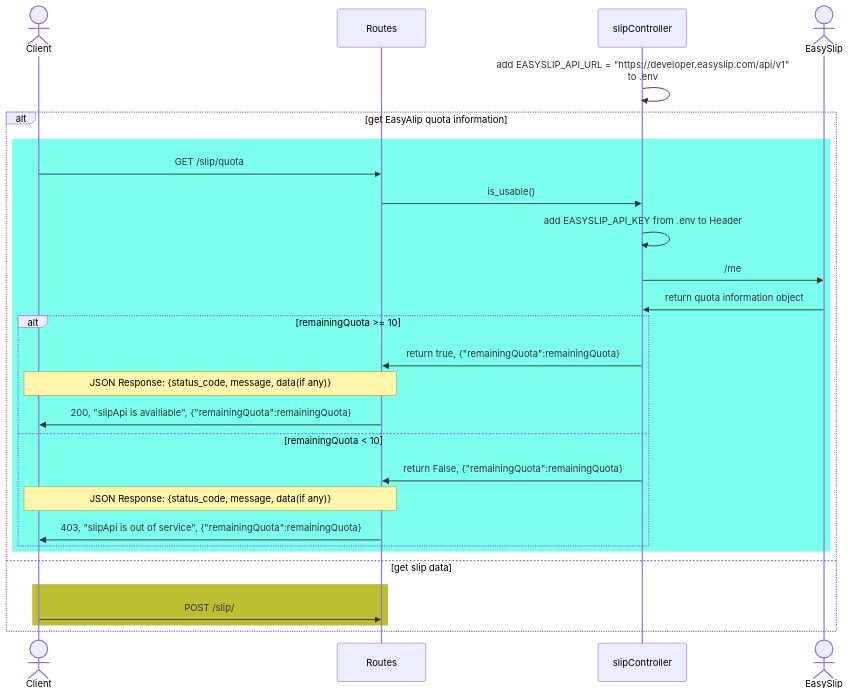
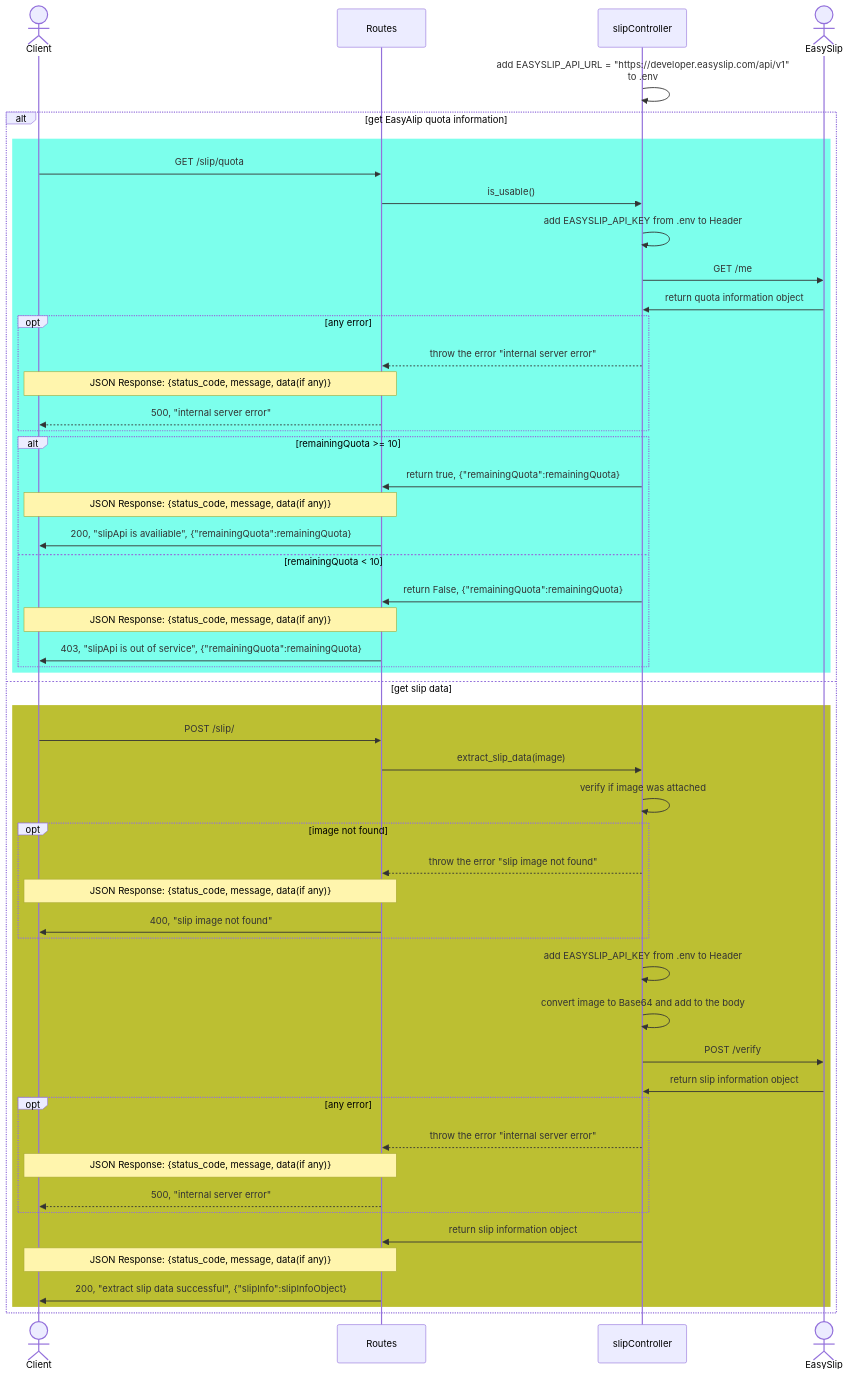
The diagram in design/api/EasySlip.mmd (SawatKia/WealthTracking), drawn with Mermaid before and after one commit.

Commit message:
add any error handling; add get slip data;

```diff
--- a/design/api/EasySlip.mmd
+++ b/design/api/EasySlip.mmd
@@ -1,30 +1,54 @@
 sequenceDiagram
     Actor Client
     participant Routes
     participant Cont as slipController
     Actor Api as EasySlip
 
     Cont->>Cont: add EASYSLIP_API_URL = "https://developer.easyslip.com/api/v1"<br>to .env
     alt get EasyAlip quota information
         rect rgb(124,255,236)
             Client->>Routes: GET /slip/quota
             Routes->>Cont: is_usable()
             Cont->>Cont: add EASYSLIP_API_KEY from .env to Header
-            Cont->>Api: /me
+            Cont->>Api: GET /me
             Api->>Cont: return quota information object
+            opt any error
+                Cont-->>Routes: throw the error "internal server error"
+                Note over Routes,Client: JSON Response: {status_code, message, data(if any)}
+                Routes-->>Client: 500, "internal server error"
+            end
             alt remainingQuota >= 10
                 Cont->>Routes: return true, {"remainingQuota":remainingQuota}
                 Note over Routes,Client: JSON Response: {status_code, message, data(if any)}
                 Routes->>Client: 200, "slipApi is availiable", {"remainingQuota":remainingQuota} 
             else remainingQuota < 10
                 Cont->>Routes: return False, {"remainingQuota":remainingQuota}
                 Note over Routes,Client: JSON Response: {status_code, message, data(if any)}
                 Routes->>Client: 403, "slipApi is out of service", {"remainingQuota":remainingQuota}
             end
 
         end
     else get slip data
         rect rgb(188,191,50)
             Client->>Routes: POST /slip/
+            Routes->>Cont: extract_slip_data(image)
+            Cont->>Cont: verify if image was attached
+            opt image not found
+                Cont-->>Routes:throw the error "slip image not found"
+                Note over Routes,Client: JSON Response: {status_code, message, data(if any)}
+                Routes->>Client: 400, "slip image not found"
+            end
+            Cont->>Cont: add EASYSLIP_API_KEY from .env to Header
+            Cont->>Cont: convert image to Base64 and add to the body
+            Cont->>Api: POST /verify
+            Api->>Cont: return slip information object
+            opt any error
+                Cont-->>Routes: throw the error "internal server error"
+                Note over Routes,Client: JSON Response: {status_code, message, data(if any)}
+                Routes-->>Client: 500, "internal server error"
+            end
+            Cont->>Routes: return slip information object
+            Note over Routes,Client: JSON Response: {status_code, message, data(if any)}
+            Routes->>Client: 200, "extract slip data successful", {"slipInfo":slipInfoObject}
         end
     end
```
